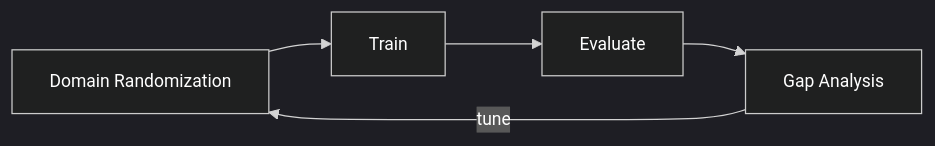
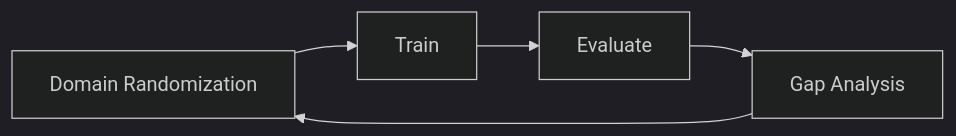
The first of 2 diagrams in architecture/system_C_Sim2Real/Sim2Real_conceptual.md (aurelius-in/RoboCaps), drawn with Mermaid before and after one commit. The commit also changed other lines of this file and 13 other files, not shown here.

Commit message:
arch: deepen global/system docs with detailed narratives and diagrams

````diff
--- a/architecture/system_C_Sim2Real/Sim2Real_conceptual.md
+++ b/architecture/system_C_Sim2Real/Sim2Real_conceptual.md
@@ -15,8 +23,8 @@
 ```mermaid
-%%{init: { 'theme': 'dark', 'themeVariables': { 'background':'#000', 'primaryTextColor':'#FFF', 'textColor':'#FFF', 'fontSize':'14px' }}}%%
+%%{init: { 'theme': 'dark', 'themeVariables': { 'background':'#000', 'primaryTextColor':'#FFF', 'fontSize':'16px' }}}%%
 flowchart LR
     RAND[Domain Randomization] --> TRAIN[Train]
     TRAIN --> EVAL[Evaluate]
     EVAL --> GAP[Gap Analysis]
-    GAP -->|tune| RAND
+    GAP --> RAND
 ```
````
